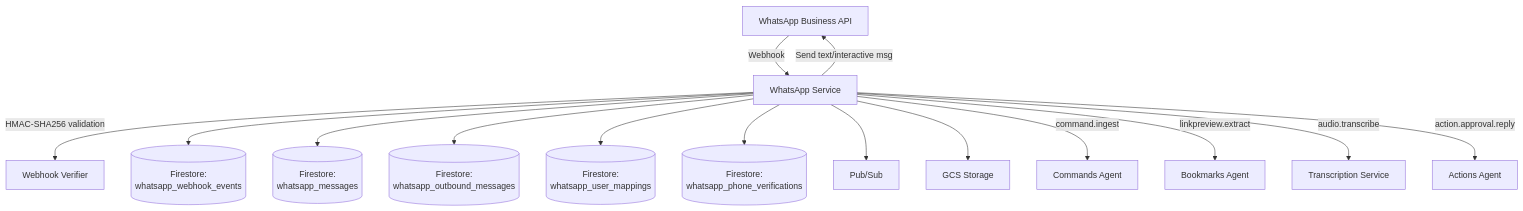
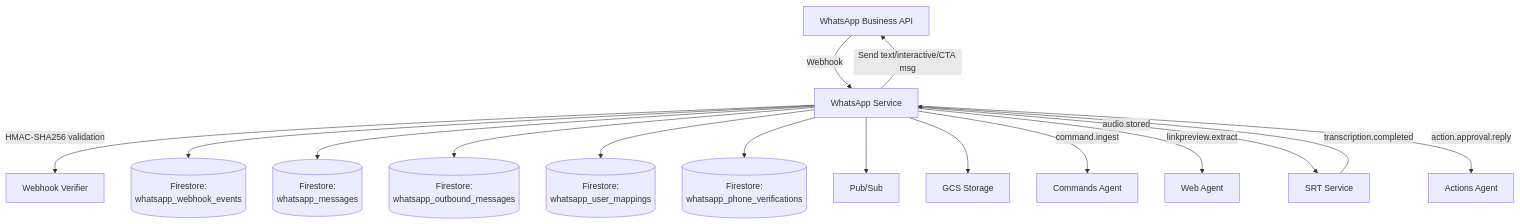
One commit to pbuchman/intexuraos changed the first of 3 diagrams in docs/services/whatsapp-service/technical.md. Above: the diagram before and after it, drawn with Mermaid. The commit also changed other lines of this file and 134 other files, not shown here.

````diff
--- a/docs/services/whatsapp-service/technical.md
+++ b/docs/services/whatsapp-service/technical.md
@@ -9,21 +9,23 @@
 ```mermaid
 graph TB
     WhatsApp[WhatsApp Business API] -->|Webhook| WS[WhatsApp Service]
 
     WS -->|HMAC-SHA256 validation| WV[Webhook Verifier]
     WS --> EventRepo[(Firestore:<br/>whatsapp_webhook_events)]
     WS --> MsgRepo[(Firestore:<br/>whatsapp_messages)]
     WS --> OutboundRepo[(Firestore:<br/>whatsapp_outbound_messages)]
     WS --> MappingRepo[(Firestore:<br/>whatsapp_user_mappings)]
     WS --> VerifyRepo[(Firestore:<br/>whatsapp_phone_verifications)]
     WS --> PubSub[Pub/Sub]
 
     WS --> MediaStorage[GCS Storage]
 
     WS -->|command.ingest| CA[Commands Agent]
-    WS -->|linkpreview.extract| BA[Bookmarks Agent]
-    WS -->|audio.transcribe| TS[Transcription Service]
+    WS -->|linkpreview.extract| WA2[Web Agent]
+    WS -->|audio.stored| SRT[SRT Service]
     WS -->|action.approval.reply| AA[Actions Agent]
 
-    WS -->|Send text/interactive msg| WhatsApp
+    SRT -->|transcription.completed| WS
+
+    WS -->|Send text/interactive/CTA msg| WhatsApp
 ```
````
